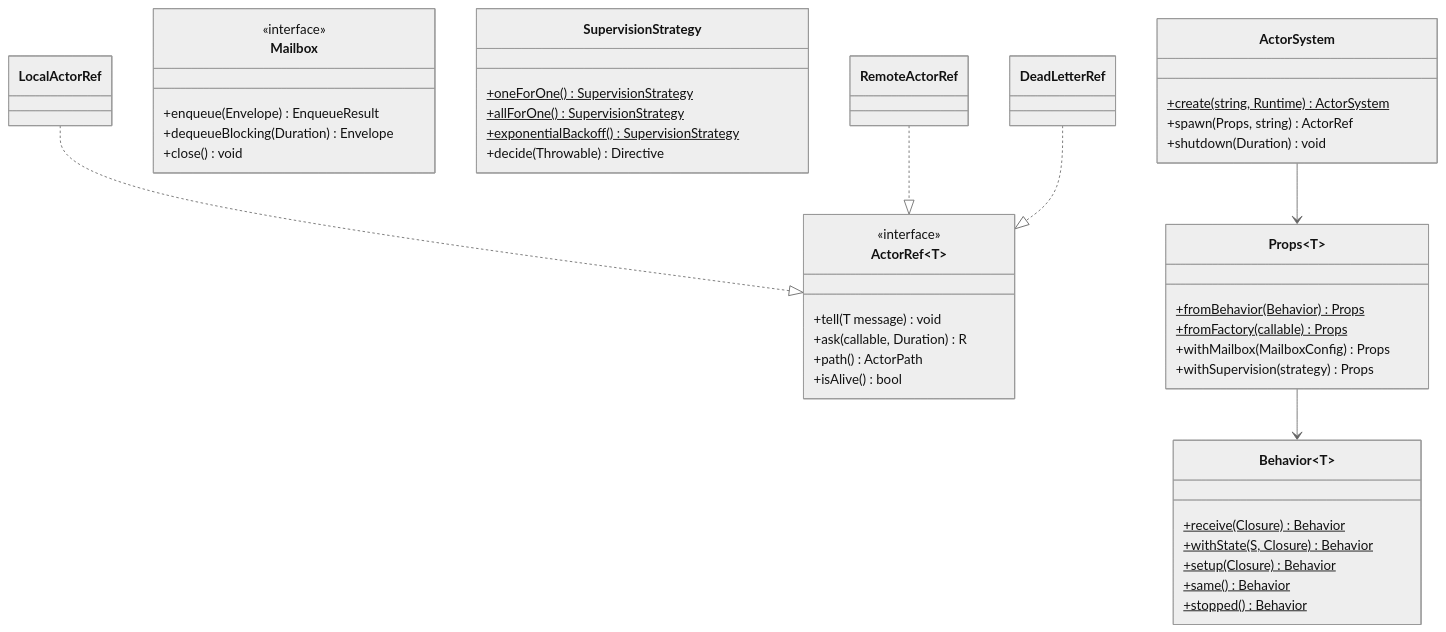
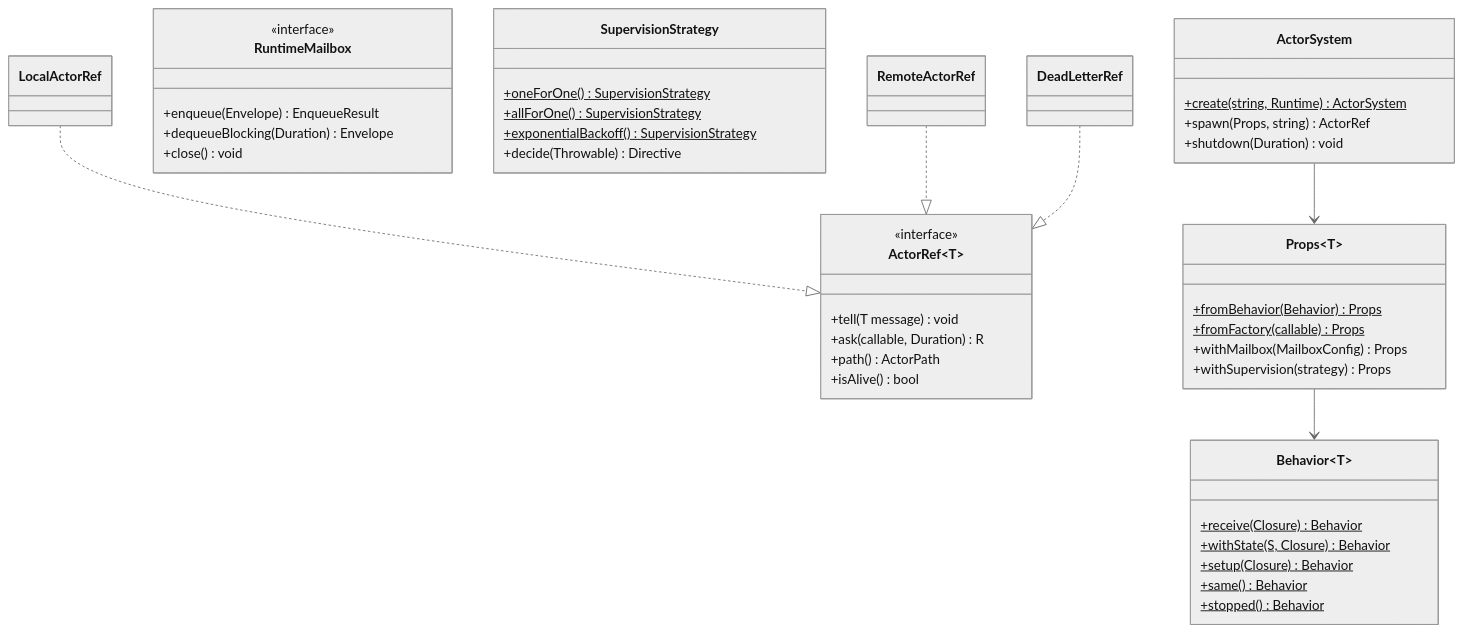
Before and after one commit to nexus-actors/nexus: the diagram in website/docs/packages/core.md, drawn with Mermaid (neutral theme). The commit also changed other lines of this file and 145 other files, not shown here.

````diff
--- a/website/docs/packages/core.md
+++ b/website/docs/packages/core.md
@@ -18,51 +18,51 @@
 ```mermaid
 classDiagram
     class ActorRef~T~ {
         <<interface>>
         +tell(T message) void
         +ask(callable, Duration) R
         +path() ActorPath
         +isAlive() bool
     }
 
     class Behavior~T~ {
         +receive(Closure)$ Behavior
         +withState(S, Closure)$ Behavior
         +setup(Closure)$ Behavior
         +same()$ Behavior
         +stopped()$ Behavior
     }
 
     class Props~T~ {
         +fromBehavior(Behavior)$ Props
         +fromFactory(callable)$ Props
         +withMailbox(MailboxConfig) Props
         +withSupervision(strategy) Props
     }
 
     class ActorSystem {
         +create(string, Runtime)$ ActorSystem
         +spawn(Props, string) ActorRef
         +shutdown(Duration) void
     }
 
-    class Mailbox {
+    class RuntimeMailbox {
         <<interface>>
         +enqueue(Envelope) EnqueueResult
         +dequeueBlocking(Duration) Envelope
         +close() void
     }
 
     class SupervisionStrategy {
         +oneForOne()$ SupervisionStrategy
         +allForOne()$ SupervisionStrategy
         +exponentialBackoff()$ SupervisionStrategy
         +decide(Throwable) Directive
     }
 
     ActorSystem --> Props
     Props --> Behavior
     LocalActorRef ..|> ActorRef
     RemoteActorRef ..|> ActorRef
     DeadLetterRef ..|> ActorRef
 ```
````
